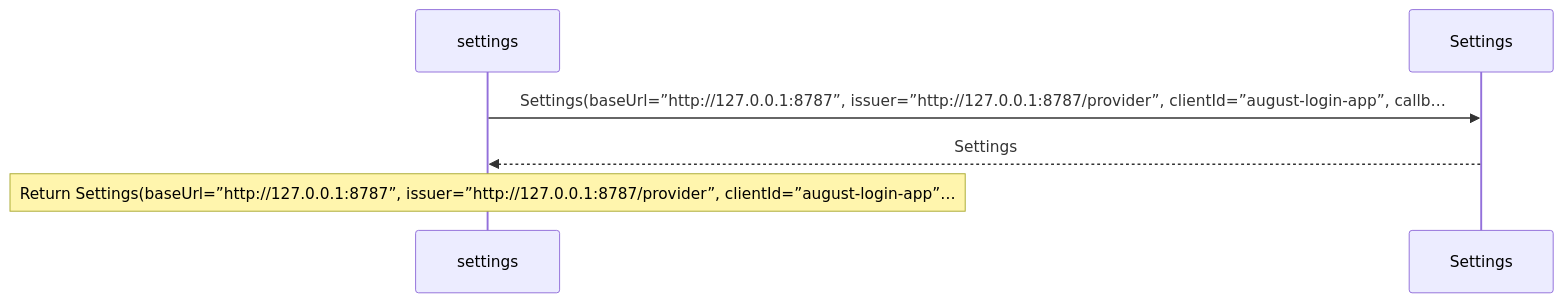
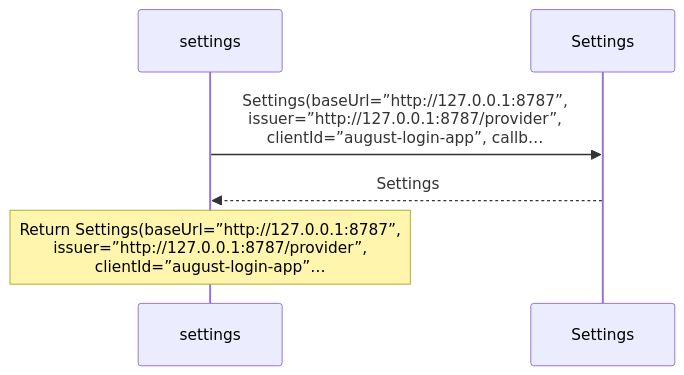
The second of 2 diagrams in docs/examples/oidc-login/common/settings-diagrams.md (GreenPandaStudios/augscript), drawn with Mermaid before and after one commit. The commit also changed 200 other files, not shown here.

Commit message:
Group imported operations and wrap readable sequence messages

````diff
--- a/docs/examples/oidc-login/common/settings-diagrams.md
+++ b/docs/examples/oidc-login/common/settings-diagrams.md
@@ -47,8 +47,8 @@
 ```mermaid
 sequenceDiagram
     participant p0 as settings
     participant p1 as Settings
-    p0->>p1: Settings(baseUrl=”http://127.0.0.1:8787”, issuer=”http://127.0.0.1:8787/provider”, clientId=”august-login-app”, callb…
+    p0->>p1: Settings(baseUrl=”http://127.0.0.1:8787”,<br/>issuer=”http://127.0.0.1:8787/provider”,<br/>clientId=”august-login-app”, callb…
     p1-->>p0: Settings
-    Note over p0: Return Settings(baseUrl=”http://127.0.0.1:8787”, issuer=”http://127.0.0.1:8787/provider”, clientId=”august-login-app”…
+    Note over p0: Return Settings(baseUrl=”http://127.0.0.1:8787”,<br/>issuer=”http://127.0.0.1:8787/provider”,<br/>clientId=”august-login-app”…
 ```
````
